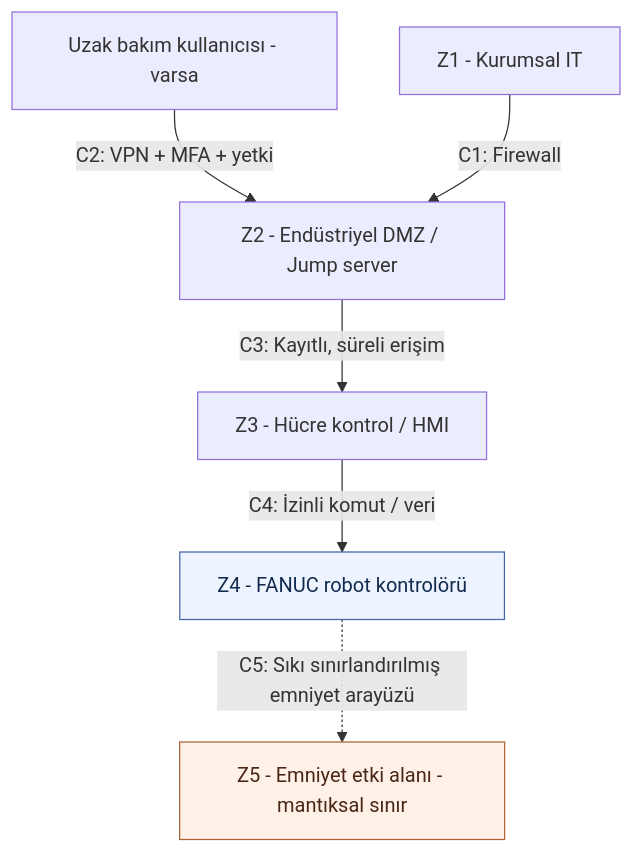
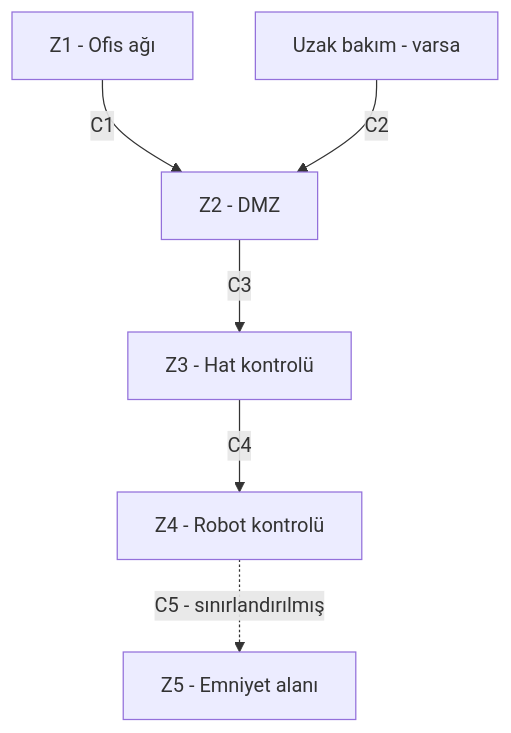
Before and after one commit to baranaksitkutay/YMH459-FANUC-CRX10iA: the diagram in LAB2-Zone-Conduit.md, drawn with Mermaid. The commit also changed other lines of this file, not shown here.

````diff
--- a/LAB2-Zone-Conduit.md
+++ b/LAB2-Zone-Conduit.md
@@ -85,20 +57,8 @@
 ```mermaid
-flowchart TB
-    EXT[Uzak bakım kullanıcısı - varsa]
-    IT[Z1 - Kurumsal IT]
-    DMZ[Z2 - Endüstriyel DMZ / Jump server]
-    OT[Z3 - Hücre kontrol / HMI]
-    ROBOT[Z4 - FANUC robot kontrolörü]
-    SAFETY[Z5 - Emniyet etki alanı - mantıksal sınır]
-
-    EXT -->|C2: VPN + MFA + yetki| DMZ
-    IT -->|C1: Firewall| DMZ
-    DMZ -->|C3: Kayıtlı, süreli erişim| OT
-    OT -->|C4: İzinli komut / veri| ROBOT
-    ROBOT -.->|C5: Sıkı sınırlandırılmış emniyet arayüzü| SAFETY
-
-    classDef protected fill:#eef4ff,stroke:#4665ad,color:#132b4e
-    classDef critical fill:#fff1e8,stroke:#ad6535,color:#4a2614
-    class ROBOT protected
-    class SAFETY critical
+flowchart TD
+    A[Z1 - Ofis ağı] -->|C1| B[Z2 - DMZ]
+    R[Uzak bakım - varsa] -->|C2| B
+    B -->|C3| C[Z3 - Hat kontrolü]
+    C -->|C4| D[Z4 - Robot kontrolü]
+    D -.->|C5 - sınırlandırılmış| E[Z5 - Emniyet alanı]
 ```
````
